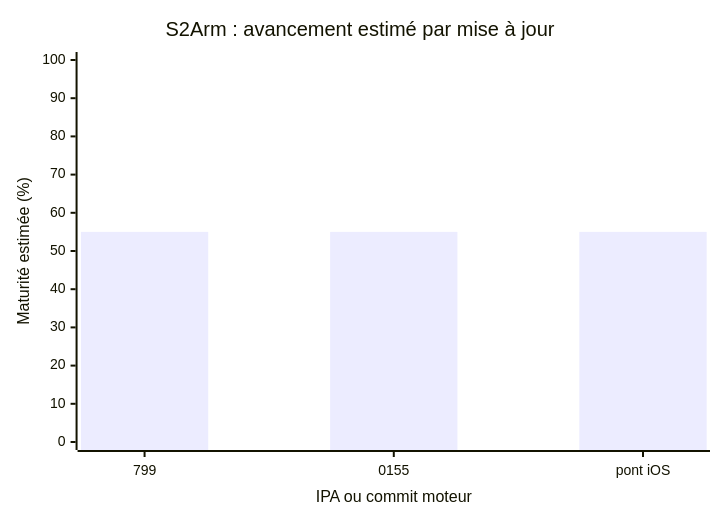
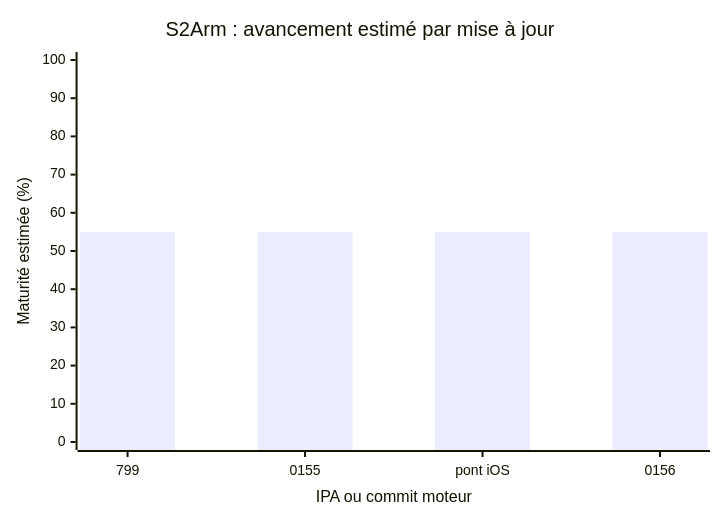
One commit to TarbleFR/RewindBox changed the diagram in docs/AI_TASK_BOARD.md. Above: the diagram before and after it, drawn with Mermaid. The commit also changed other lines of this file and 1 other file, not shown here.

Commit message:
[s2arm-engine] Batch small texture copies and bound concurrent texture and RomFS I/O

````diff
--- a/docs/AI_TASK_BOARD.md
+++ b/docs/AI_TASK_BOARD.md
@@ -25,7 +25,7 @@
 ```mermaid
 xychart-beta
     title "S2Arm : avancement estimé par mise à jour"
-    x-axis "IPA ou commit moteur" ["799", "0155", "pont iOS"]
+    x-axis "IPA ou commit moteur" ["799", "0155", "pont iOS", "0156"]
     y-axis "Maturité estimée (%)" 0 --> 100
-    bar [55, 55, 55]
+    bar [55, 55, 55, 55]
 ```
````
